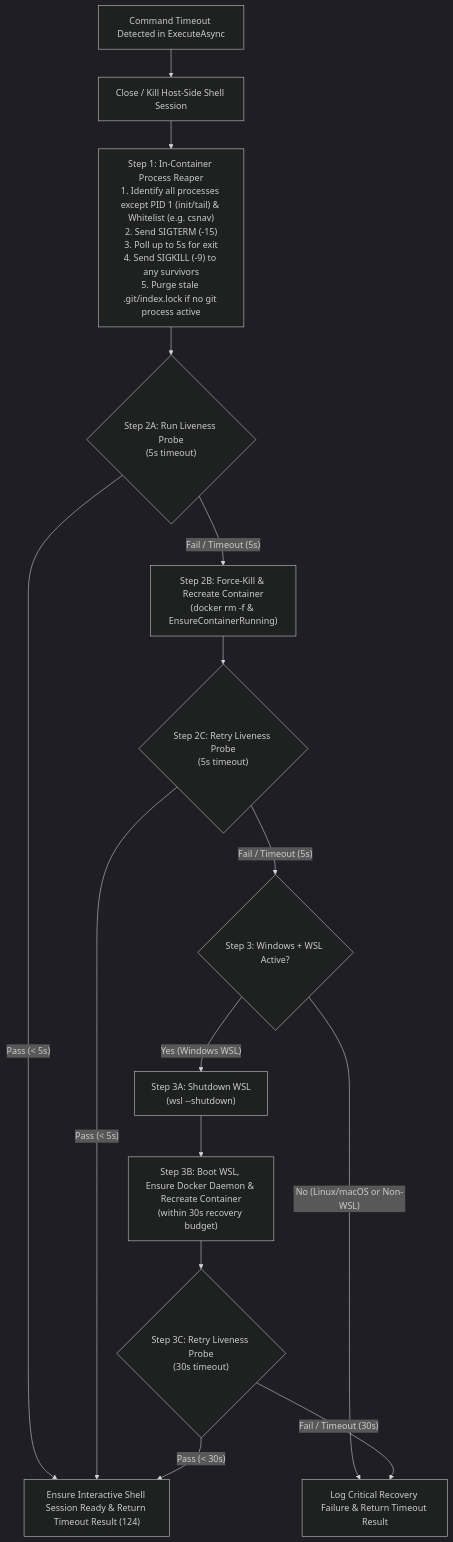
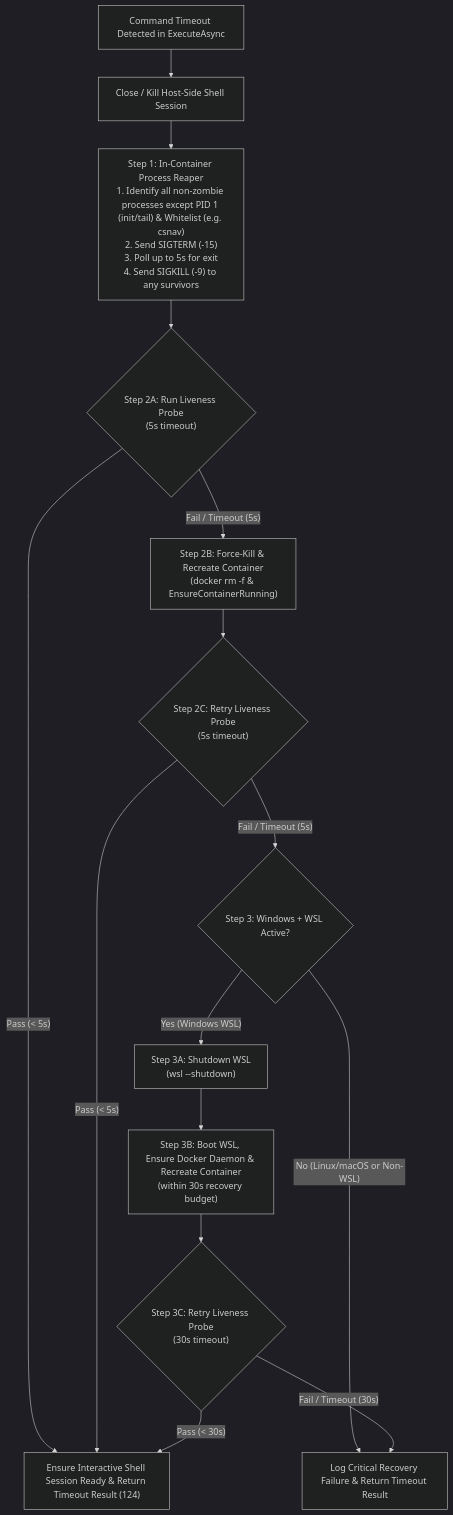
Before and after one commit to jetelain/NightCodeForge: the diagram in docs/fixes/STEP_11_40_BASH_TIMEOUT_CONTAINER_PROCESS_REAPER_AND_WSL_RECOVERY.md, drawn with Mermaid (dark theme). The commit also changed other lines of this file and 13 other files, not shown here.

Commit message:
Step 11.40: Bash Timeout Escalation Ladder, In-Container Process Reaper, Stale Container Recycling & WSL2 Self-Healing

````diff
--- a/docs/fixes/STEP_11_40_BASH_TIMEOUT_CONTAINER_PROCESS_REAPER_AND_WSL_RECOVERY.md
+++ b/docs/fixes/STEP_11_40_BASH_TIMEOUT_CONTAINER_PROCESS_REAPER_AND_WSL_RECOVERY.md
@@ -35,17 +35,17 @@
 ```mermaid
 flowchart TD
     Timeout["Command Timeout Detected in ExecuteAsync"] --> CloseShell["Close / Kill Host-Side Shell Session"]
-    CloseShell --> Step1["Step 1: In-Container Process Reaper<br/>1. Identify all processes except PID 1 (init/tail) & Whitelist (e.g. csnav)<br/>2. Send SIGTERM (-15)<br/>3. Poll up to 5s for exit<br/>4. Send SIGKILL (-9) to any survivors<br/>5. Purge stale .git/index.lock if no git process active"]
+    CloseShell --> Step1["Step 1: In-Container Process Reaper<br/>1. Identify all non-zombie processes except PID 1 (init/tail) & Whitelist (e.g. csnav)<br/>2. Send SIGTERM (-15)<br/>3. Poll up to 5s for exit<br/>4. Send SIGKILL (-9) to any survivors"]
     Step1 --> Probe1{"Step 2A: Run Liveness Probe<br/>(5s timeout)"}
     Probe1 -- "Pass (< 5s)" --> RestartShell["Ensure Interactive Shell Session Ready & Return Timeout Result (124)"]
     Probe1 -- "Fail / Timeout (5s)" --> KillContainer["Step 2B: Force-Kill & Recreate Container<br/>(docker rm -f & EnsureContainerRunning)"]
     KillContainer --> Probe2{"Step 2C: Retry Liveness Probe<br/>(5s timeout)"}
     Probe2 -- "Pass (< 5s)" --> RestartShell
     Probe2 -- "Fail / Timeout (5s)" --> IsWindowsWsl{"Step 3: Windows + WSL Active?"}
     IsWindowsWsl -- "No (Linux/macOS or Non-WSL)" --> LogHardFail["Log Critical Recovery Failure & Return Timeout Result"]
     IsWindowsWsl -- "Yes (Windows WSL)" --> WslShutdown["Step 3A: Shutdown WSL<br/>(wsl --shutdown)"]
     WslShutdown --> EnsureDocker["Step 3B: Boot WSL, Ensure Docker Daemon & Recreate Container<br/>(within 30s recovery budget)"]
     EnsureDocker --> Probe3{"Step 3C: Retry Liveness Probe<br/>(30s timeout)"}
     Probe3 -- "Pass (< 30s)" --> RestartShell
     Probe3 -- "Fail / Timeout (30s)" --> LogHardFail
 ```
````
